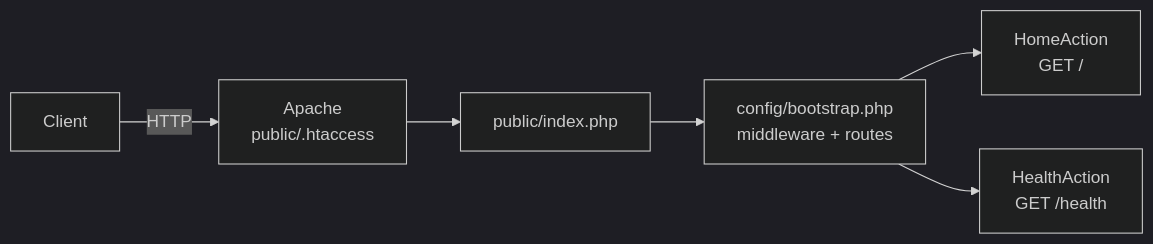
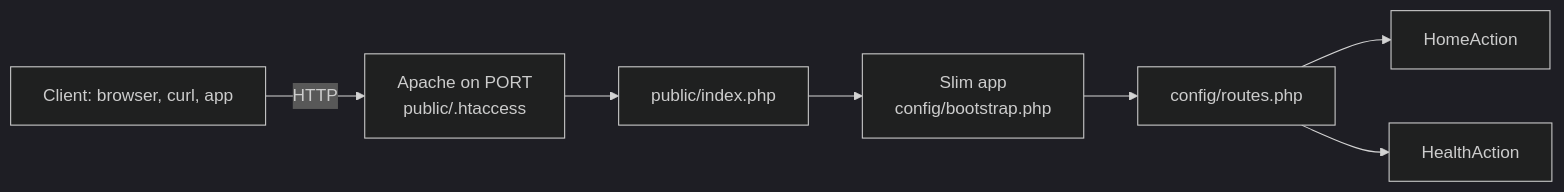
One commit to light-cloud-com/templates changed the diagram in starters/starter-php/README.md. Above: the diagram before and after it, drawn with Mermaid (dark theme). The commit also changed other lines of this file and 2 other files, not shown here.

First line of the commit message:
README: Slim 4 PHP REST API starter landing page

````diff
--- a/starters/starter-php/README.md
+++ b/starters/starter-php/README.md
@@ -28,8 +116,9 @@
 ```mermaid
 flowchart LR
-    client["Client"] -->|HTTP| apache["Apache<br/>public/.htaccess"]
+    client["Client: browser, curl, app"] -->|HTTP| apache["Apache on PORT<br/>public/.htaccess"]
     apache --> index["public/index.php"]
-    index --> bootstrap["config/bootstrap.php<br/>middleware + routes"]
-    bootstrap --> home["HomeAction<br/>GET /"]
-    bootstrap --> health["HealthAction<br/>GET /health"]
+    index --> app["Slim app<br/>config/bootstrap.php"]
+    app --> routes["config/routes.php"]
+    routes --> home["HomeAction"]
+    routes --> health["HealthAction"]
 ```
````
